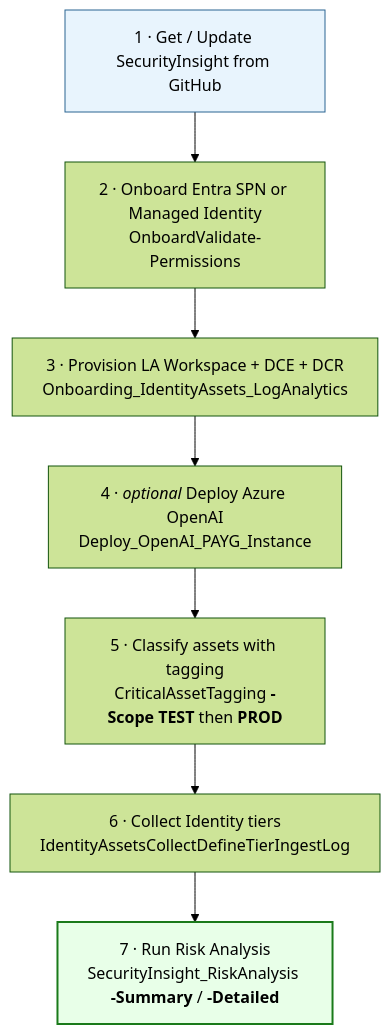
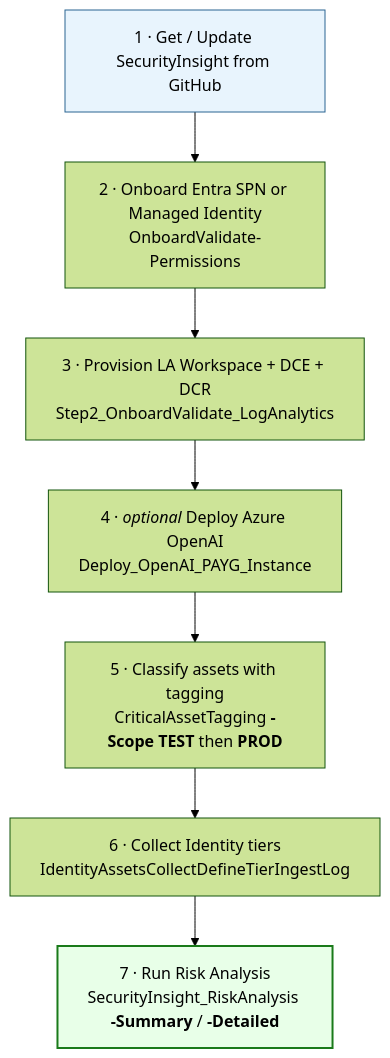
The third of 7 diagrams in README.md (KnudsenMorten/SecurityInsight), drawn with Mermaid (forest theme) before and after one commit. The commit also changed other lines of this file and 19 other files, not shown here.

````diff
--- a/README.md
+++ b/README.md
@@ -256,11 +256,11 @@
 ```mermaid
 flowchart TD
     S1[1 · Get / Update SecurityInsight from GitHub] --> S2[2 · Onboard Entra SPN or Managed Identity<br/>OnboardValidate-Permissions]
-    S2 --> S3[3 · Provision LA Workspace + DCE + DCR<br/>Onboarding_IdentityAssets_LogAnalytics]
+    S2 --> S3[3 · Provision LA Workspace + DCE + DCR<br/>Step2_OnboardValidate_LogAnalytics]
     S3 --> S4[4 · <i>optional</i> Deploy Azure OpenAI<br/>Deploy_OpenAI_PAYG_Instance]
     S4 --> S5[5 · Classify assets with tagging<br/>CriticalAssetTagging <b>-Scope TEST</b> then <b>PROD</b>]
     S5 --> S6[6 · Collect Identity tiers<br/>IdentityAssetsCollectDefineTierIngestLog]
     S6 --> S7[7 · Run Risk Analysis<br/>SecurityInsight_RiskAnalysis <b>-Summary</b> / <b>-Detailed</b>]
     style S1 fill:#e8f4fd,stroke:#2a6592
     style S7 fill:#e8ffe8,stroke:#1a7a1a,stroke-width:2px
 ```
````
